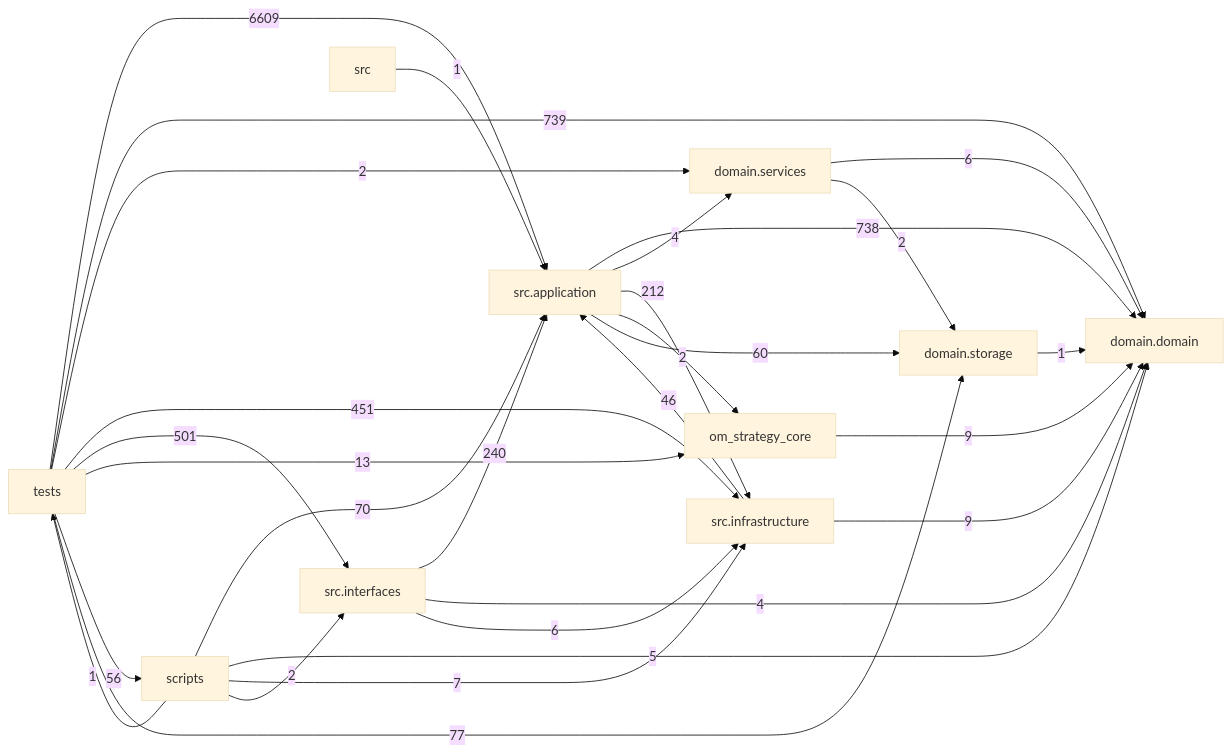
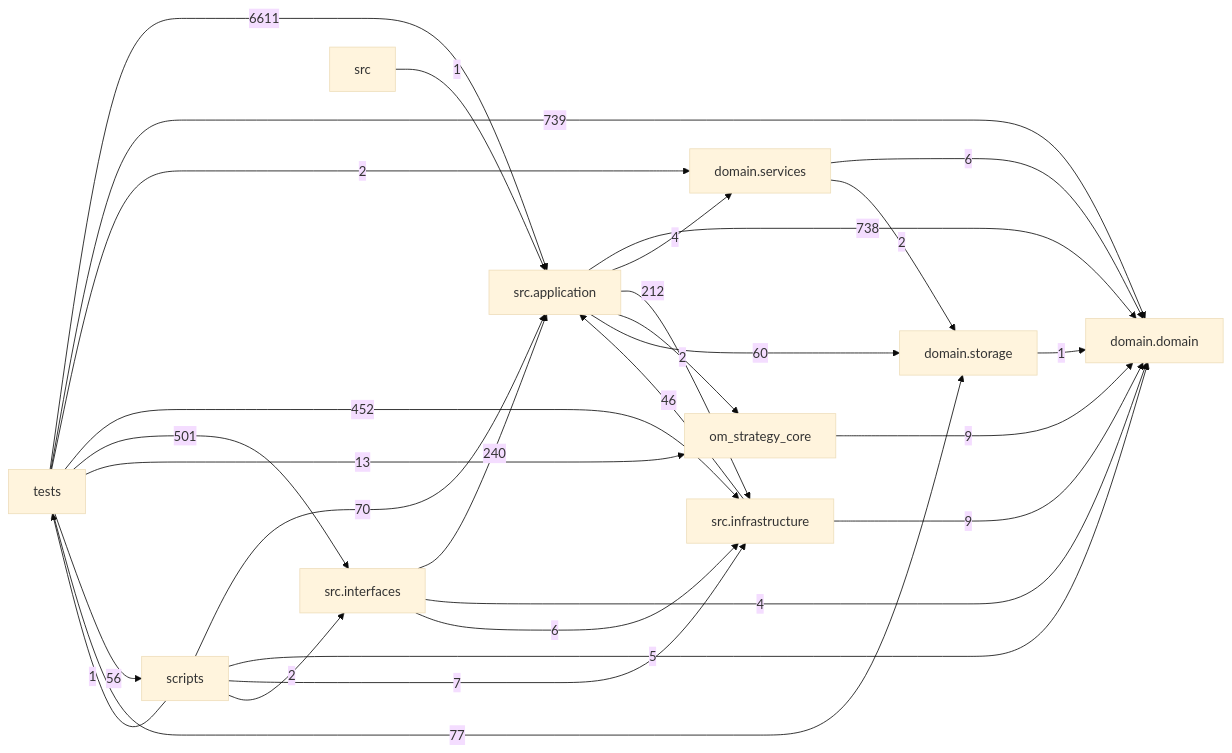
One commit to liuxie066/options-monitor changed the diagram in docs/DEPENDENCY_GRAPH.md. Above: the diagram before and after it, drawn with Mermaid (base theme). The commit also changed other lines of this file and 2 other files, not shown here.

````diff
--- a/docs/DEPENDENCY_GRAPH.md
+++ b/docs/DEPENDENCY_GRAPH.md
@@ -24,39 +24,39 @@
 ```mermaid
 flowchart LR
   tests["tests"]
   scripts["scripts"]
   interfaces["src.interfaces"]
   application["src.application"]
   infrastructure["src.infrastructure"]
   domain_services["domain.services"]
   domain["domain.domain"]
   storage["domain.storage"]
   application -->|738| domain
   application -->|4| domain_services
   application -->|212| infrastructure
   application -->|2| om_strategy_core
   application -->|60| storage
   domain_services -->|6| domain
   domain_services -->|2| storage
   infrastructure -->|46| application
   infrastructure -->|9| domain
   interfaces -->|240| application
   interfaces -->|4| domain
   interfaces -->|6| infrastructure
   om_strategy_core -->|9| domain
   scripts -->|70| application
   scripts -->|5| domain
   scripts -->|7| infrastructure
   scripts -->|2| interfaces
   scripts -->|1| tests
   src -->|1| application
   storage -->|1| domain
-  tests -->|6609| application
+  tests -->|6611| application
   tests -->|739| domain
   tests -->|2| domain_services
-  tests -->|451| infrastructure
+  tests -->|452| infrastructure
   tests -->|501| interfaces
   tests -->|13| om_strategy_core
   tests -->|56| scripts
   tests -->|77| storage
 ```
````
